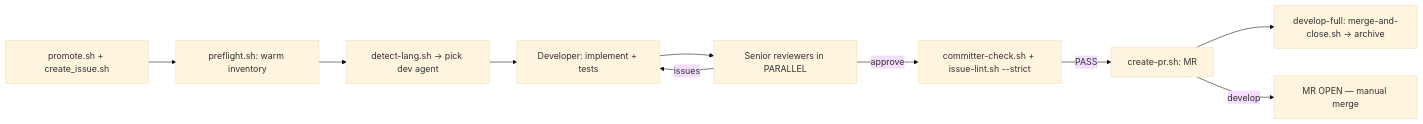
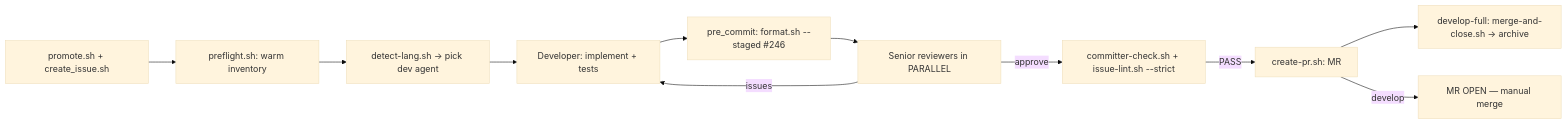
The fourth of 5 diagrams in README.md (pereirawe/opencode-flow), drawn with Mermaid (base theme) before and after one commit. The commit also changed other lines of this file and 2 other files, not shown here.

First line of the commit message:
docs(flows): document end-to-end pipeline with Mermaid diagrams

````diff
--- a/README.md
+++ b/README.md
@@ -228,12 +290,13 @@
 ```mermaid
 flowchart LR
   P[promote.sh + create_issue.sh] --> W[preflight.sh: warm inventory]
   W --> L[detect-lang.sh → pick dev agent]
   L --> D[Developer: implement + tests]
-  D --> R[Senior reviewers in PARALLEL]
+  D --> FMT[pre_commit: format.sh --staged #246]
+  FMT --> R[Senior reviewers in PARALLEL]
   R -->|issues| D
   R -->|approve| G[committer-check.sh + issue-lint.sh --strict]
   G -->|PASS| PR[create-pr.sh: MR]
   PR --> F[develop-full: merge-and-close.sh → archive]
   PR -->|develop| STOP[MR OPEN — manual merge]
 ```
````
